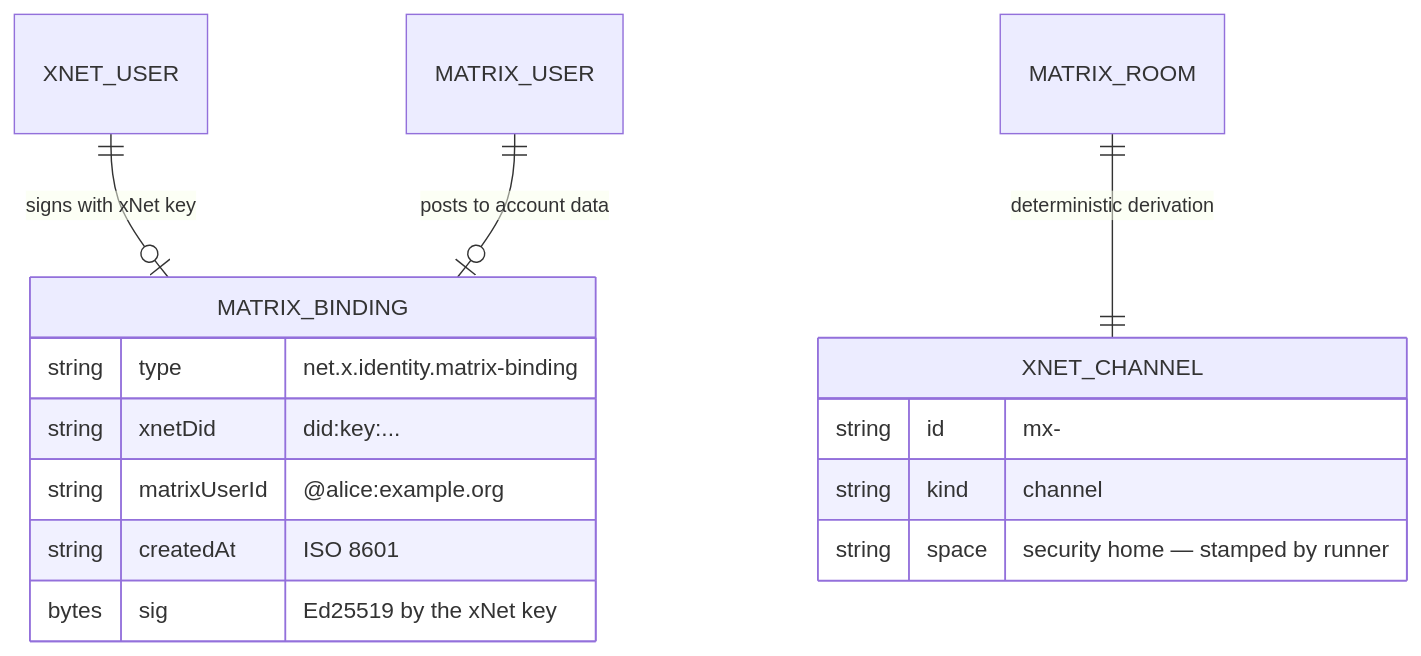
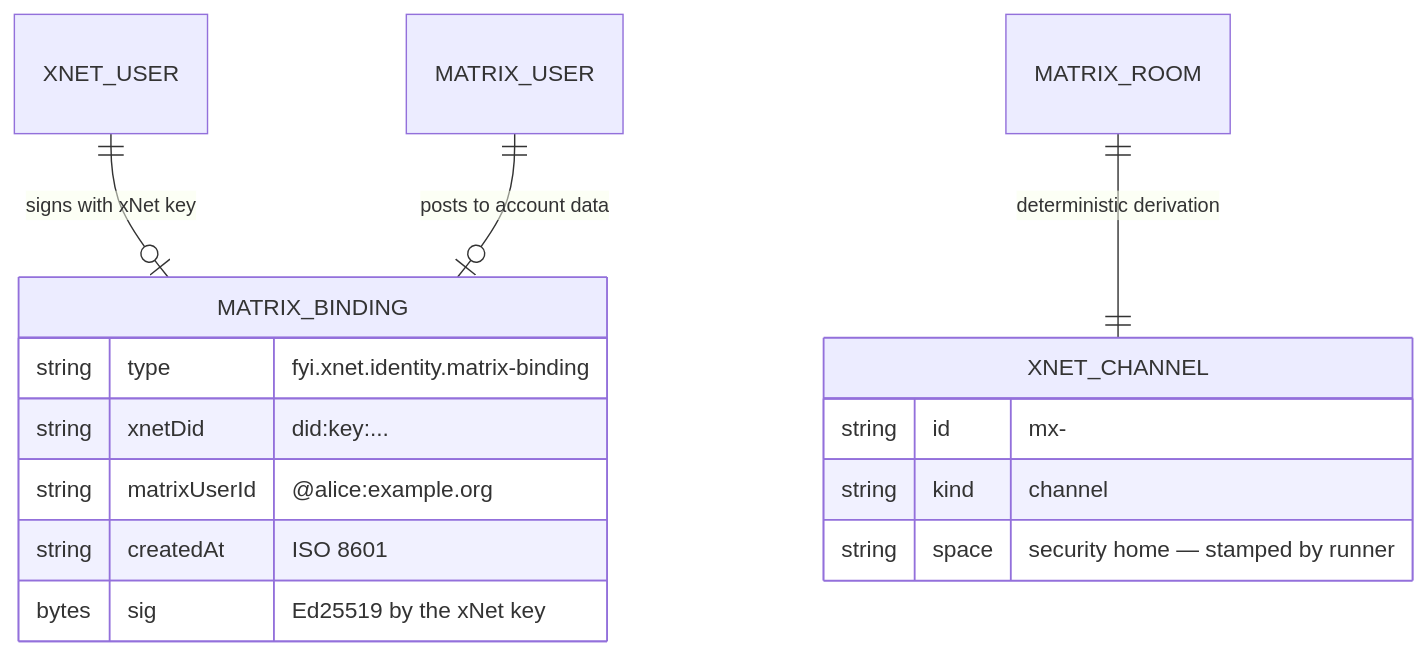
The fourth of 4 diagrams in docs/explorations/0371_[_]_INTEGRATING_WITH_THE_MATRIX_PROTOCOL.md (crs48/xNet), drawn with Mermaid before and after one commit. The commit also changed other lines of this file, not shown here.

First line of the commit message:
docs(exploration): use fyi.xnet.* for the matrix binding namespace

````diff
--- a/docs/explorations/0371_[_]_INTEGRATING_WITH_THE_MATRIX_PROTOCOL.md
+++ b/docs/explorations/0371_[_]_INTEGRATING_WITH_THE_MATRIX_PROTOCOL.md
@@ -866,18 +874,18 @@
 ```mermaid
 erDiagram
   XNET_USER ||--o| MATRIX_BINDING : "signs with xNet key"
   MATRIX_USER ||--o| MATRIX_BINDING : "posts to account data"
   MATRIX_BINDING {
-    string  type          "net.x.identity.matrix-binding"
+    string  type          "fyi.xnet.identity.matrix-binding"
     string  xnetDid       "did:key:..."
     string  matrixUserId  "@alice:example.org"
     string  createdAt     "ISO 8601"
     bytes   sig           "Ed25519 by the xNet key"
   }
   MATRIX_ROOM ||--|| XNET_CHANNEL : "deterministic derivation"
   XNET_CHANNEL {
     string  id      "mx-<sha256(roomId)[0:40]>"
     string  kind    "channel"
     string  space   "security home — stamped by runner"
   }
 ```
````
